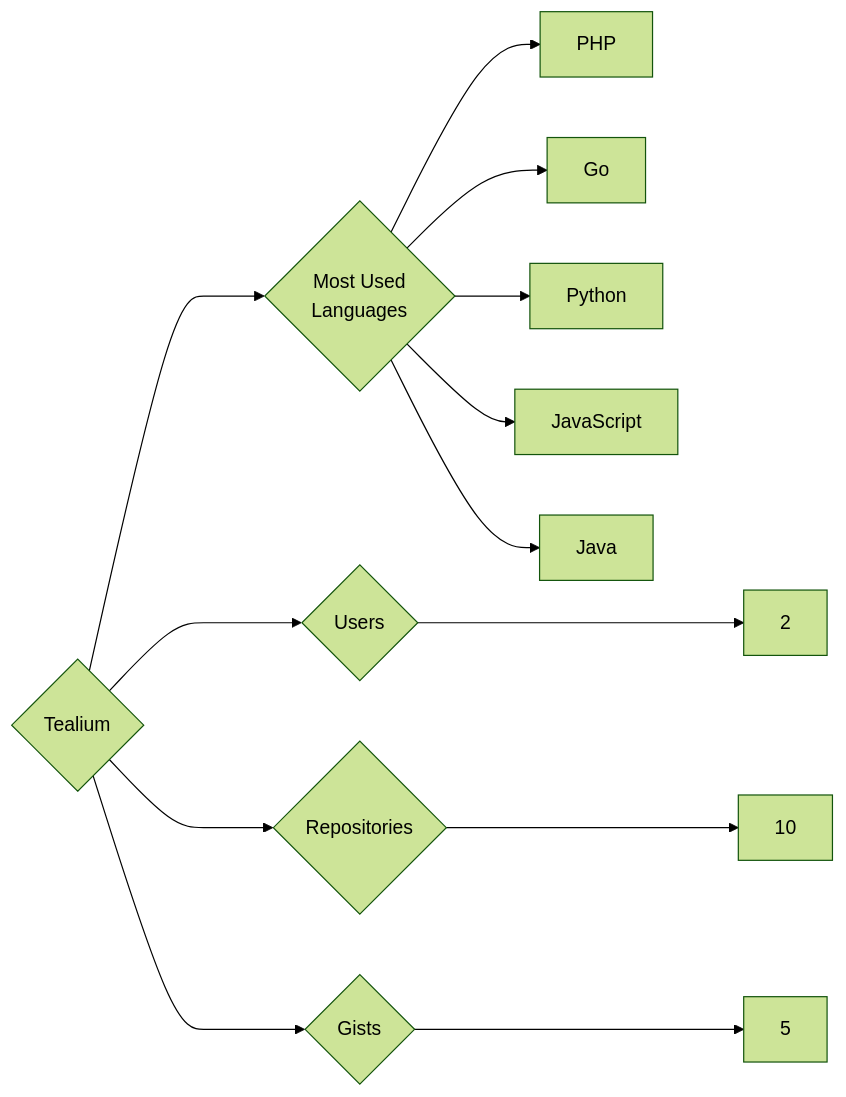
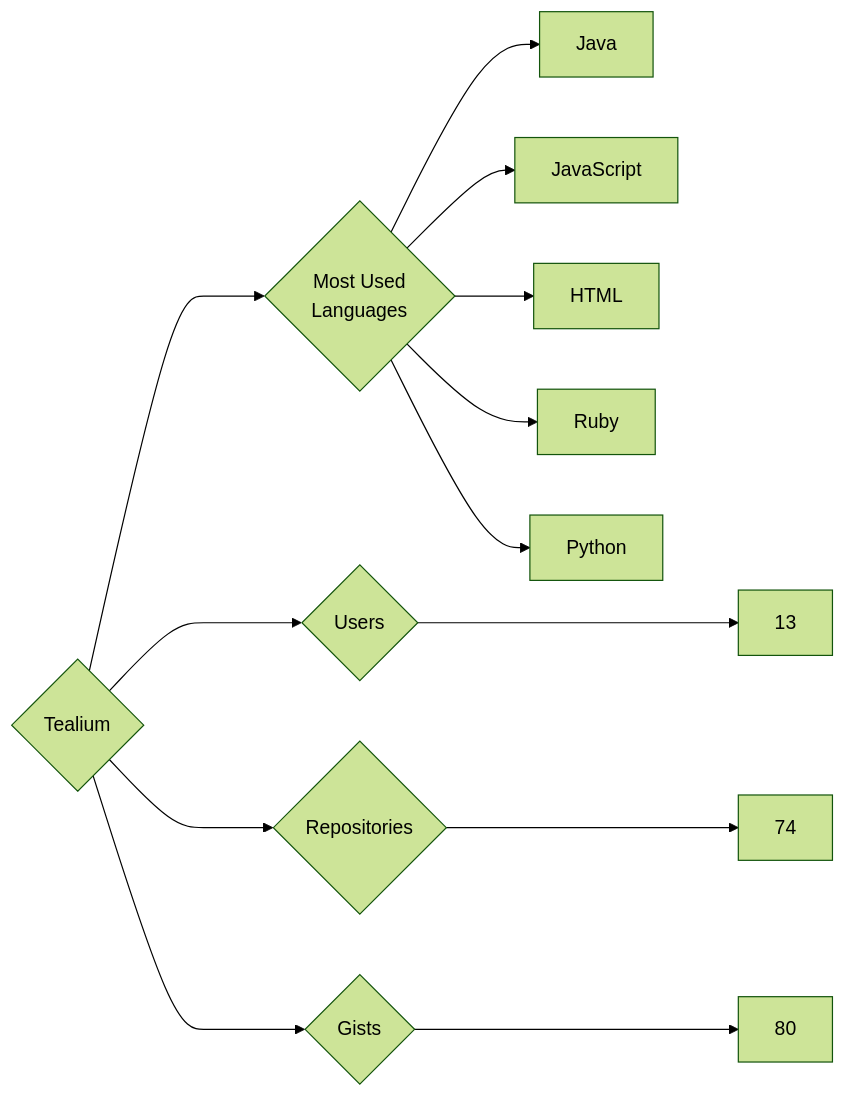
The diagram in targets/Tealium/README.md (trickest/insiders), drawn with Mermaid (forest theme) before and after one commit. The commit also changed 970 other files, not shown here.

````diff
--- a/targets/Tealium/README.md
+++ b/targets/Tealium/README.md
@@ -3,13 +3,13 @@
 ```mermaid
 graph LR
 COMPANY_NAME{Tealium}
-COMPANY_NAME ---> U{Users} ---> UN[2]
-COMPANY_NAME ---> R{Repositories} ---> RN[10]
-COMPANY_NAME ---> G{Gists} ---> GN[5]
+COMPANY_NAME ---> U{Users} ---> UN[13]
+COMPANY_NAME ---> R{Repositories} ---> RN[74]
+COMPANY_NAME ---> G{Gists} ---> GN[80]
 COMPANY_NAME ---> ML{Most Used<br>Languages}
-ML --> PHP[PHP]
-ML --> Go[Go]
+ML --> Java[Java]
+ML --> JavaScript[JavaScript]
+ML --> HTML[HTML]
+ML --> Ruby[Ruby]
 ML --> Python[Python]
-ML --> JavaScript[JavaScript]
-ML --> Java[Java]
 ```
````
